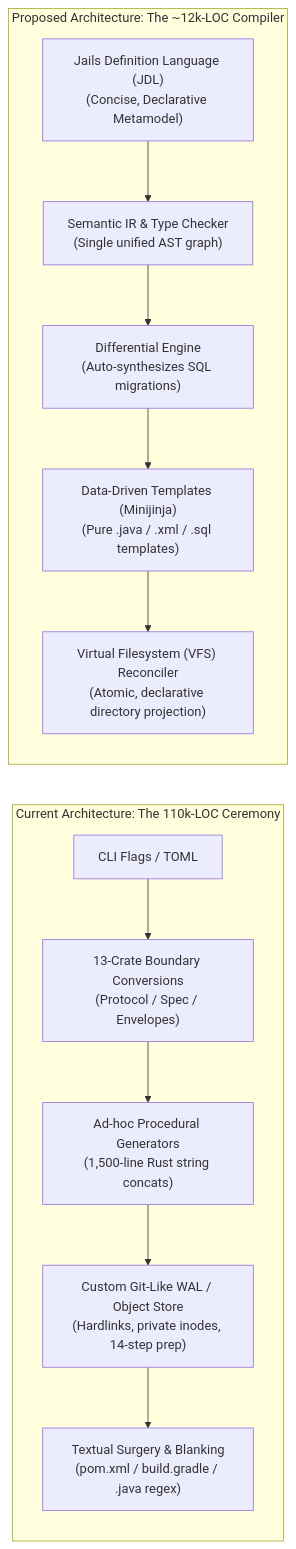
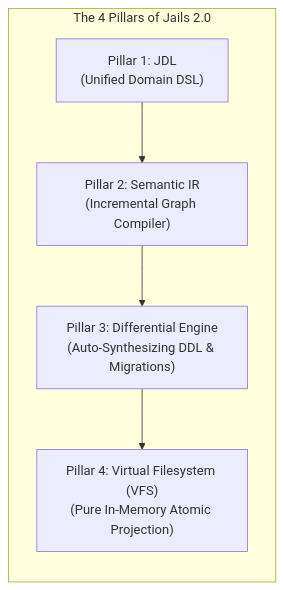
Before and after one commit to laithshadeed/jails: the second of 5 diagrams in simplify-gemini.md, drawn with Mermaid. The commit also changed other lines of this file and 4 other files, not shown here.

````diff
--- a/simplify-gemini.md
+++ b/simplify-gemini.md
@@ -20,16 +68,8 @@
 ```mermaid
 flowchart LR
-    subgraph CURRENT ["Current Architecture: The 110k-LOC Ceremony"]
-        A["CLI Flags / TOML"] --> B["13-Crate Boundary Conversions\n(Protocol / Spec / Envelopes)"]
-        B --> C["Ad-hoc Procedural Generators\n(1,500-line Rust string concats)"]
-        C --> D["Custom Git-Like WAL / Object Store\n(Hardlinks, private inodes, 14-step prep)"]
-        D --> E["Textual Surgery & Blanking\n(pom.xml / build.gradle / .java regex)"]
-    end
-
-    subgraph PROPOSED ["Proposed Architecture: The ~12k-LOC Compiler"]
-        P1["Jails Definition Language (JDL)\n(Concise, Declarative Metamodel)"] --> P2["Semantic IR & Type Checker\n(Single unified AST graph)"]
-        P2 --> P3["Differential Engine\n(Auto-synthesizes SQL migrations)"]
-        P3 --> P4["Data-Driven Templates (Minijinja)\n(Pure .java / .xml / .sql templates)"]
-        P4 --> P5["Virtual Filesystem (VFS) Reconciler\n(Atomic, declarative directory projection)"]
+    subgraph PILLARS ["The 4 Pillars of Jails 2.0"]
+        P1["Pillar 1: JDL\n(Unified Domain DSL)"] --> P2["Pillar 2: Semantic IR\n(Incremental Graph Compiler)"]
+        P2 --> P3["Pillar 3: Differential Engine\n(Auto-Synthesizing DDL & Migrations)"]
+        P3 --> P4["Pillar 4: Virtual Filesystem (VFS)\n(Pure In-Memory Atomic Projection)"]
     end
 ```
````
